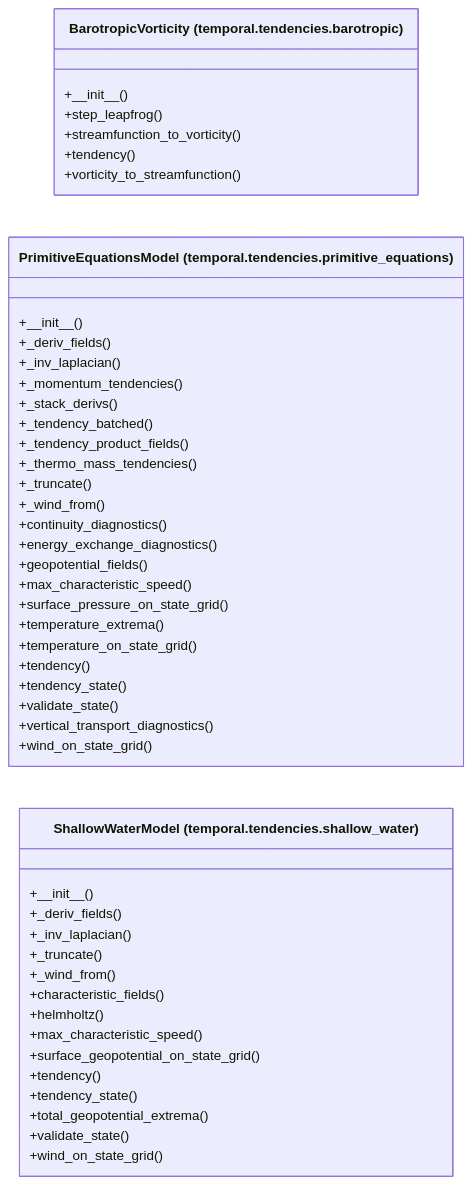
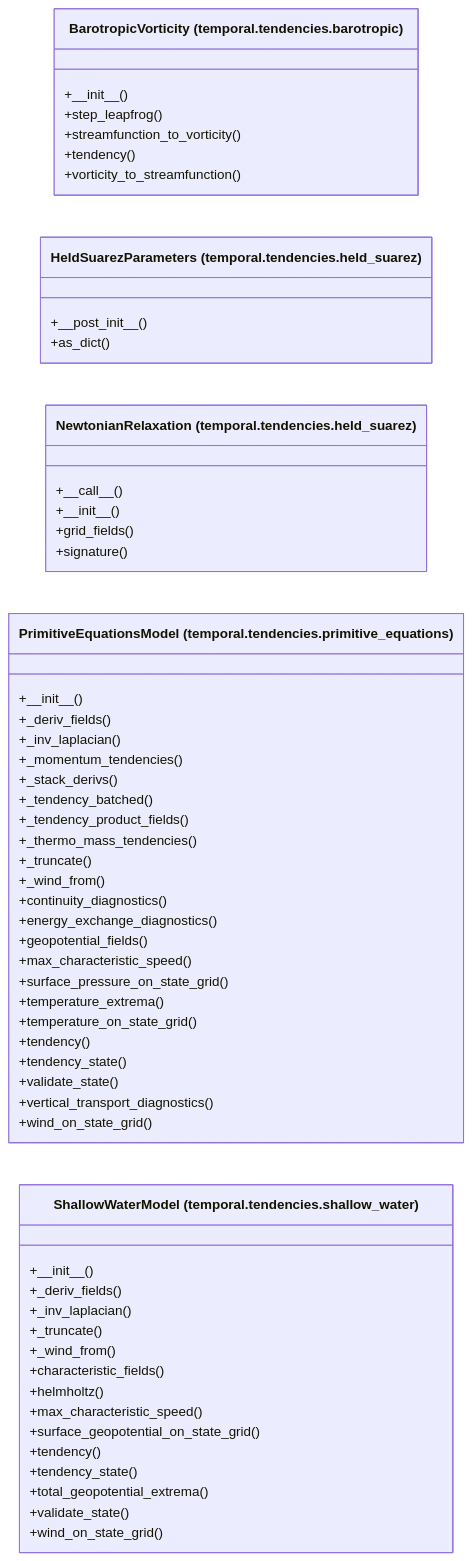
Before and after one commit to AlexandreEros/Palintropos: the diagram in docs/architecture/current/classes/tropoi.temporal.tendencies.mmd, drawn with Mermaid. The commit also changed 22 other files, not shown here.

```diff
--- a/docs/architecture/current/classes/tropoi.temporal.tendencies.mmd
+++ b/docs/architecture/current/classes/tropoi.temporal.tendencies.mmd
@@ -1,48 +1,56 @@
 %% Generated by tools.architecture 1.0.0. Do not edit by hand.
 %% All classes defined in package tropoi.temporal.tendencies.
 classDiagram
     direction LR
     class c_tropoi_otemporal_otendencies_obarotropic_oBarotropicVorticity["BarotropicVorticity (temporal.tendencies.barotropic)"]
     c_tropoi_otemporal_otendencies_obarotropic_oBarotropicVorticity : +#95;#95;init#95;#95;()
     c_tropoi_otemporal_otendencies_obarotropic_oBarotropicVorticity : +step#95;leapfrog()
     c_tropoi_otemporal_otendencies_obarotropic_oBarotropicVorticity : +streamfunction#95;to#95;vorticity()
     c_tropoi_otemporal_otendencies_obarotropic_oBarotropicVorticity : +tendency()
     c_tropoi_otemporal_otendencies_obarotropic_oBarotropicVorticity : +vorticity#95;to#95;streamfunction()
+    class c_tropoi_otemporal_otendencies_oheld__suarez_oHeldSuarezParameters["HeldSuarezParameters (temporal.tendencies.held_suarez)"]
+    c_tropoi_otemporal_otendencies_oheld__suarez_oHeldSuarezParameters : +#95;#95;post#95;init#95;#95;()
+    c_tropoi_otemporal_otendencies_oheld__suarez_oHeldSuarezParameters : +as#95;dict()
+    class c_tropoi_otemporal_otendencies_oheld__suarez_oNewtonianRelaxation["NewtonianRelaxation (temporal.tendencies.held_suarez)"]
+    c_tropoi_otemporal_otendencies_oheld__suarez_oNewtonianRelaxation : +#95;#95;call#95;#95;()
+    c_tropoi_otemporal_otendencies_oheld__suarez_oNewtonianRelaxation : +#95;#95;init#95;#95;()
+    c_tropoi_otemporal_otendencies_oheld__suarez_oNewtonianRelaxation : +grid#95;fields()
+    c_tropoi_otemporal_otendencies_oheld__suarez_oNewtonianRelaxation : +signature()
     class c_tropoi_otemporal_otendencies_oprimitive__equations_oPrimitiveEquationsModel["PrimitiveEquationsModel (temporal.tendencies.primitive_equations)"]
     c_tropoi_otemporal_otendencies_oprimitive__equations_oPrimitiveEquationsModel : +#95;#95;init#95;#95;()
     c_tropoi_otemporal_otendencies_oprimitive__equations_oPrimitiveEquationsModel : +#95;deriv#95;fields()
     c_tropoi_otemporal_otendencies_oprimitive__equations_oPrimitiveEquationsModel : +#95;inv#95;laplacian()
     c_tropoi_otemporal_otendencies_oprimitive__equations_oPrimitiveEquationsModel : +#95;momentum#95;tendencies()
     c_tropoi_otemporal_otendencies_oprimitive__equations_oPrimitiveEquationsModel : +#95;stack#95;derivs()
     c_tropoi_otemporal_otendencies_oprimitive__equations_oPrimitiveEquationsModel : +#95;tendency#95;batched()
     c_tropoi_otemporal_otendencies_oprimitive__equations_oPrimitiveEquationsModel : +#95;tendency#95;product#95;fields()
     c_tropoi_otemporal_otendencies_oprimitive__equations_oPrimitiveEquationsModel : +#95;thermo#95;mass#95;tendencies()
     c_tropoi_otemporal_otendencies_oprimitive__equations_oPrimitiveEquationsModel : +#95;truncate()
     c_tropoi_otemporal_otendencies_oprimitive__equations_oPrimitiveEquationsModel : +#95;wind#95;from()
     c_tropoi_otemporal_otendencies_oprimitive__equations_oPrimitiveEquationsModel : +continuity#95;diagnostics()
     c_tropoi_otemporal_otendencies_oprimitive__equations_oPrimitiveEquationsModel : +energy#95;exchange#95;diagnostics()
     c_tropoi_otemporal_otendencies_oprimitive__equations_oPrimitiveEquationsModel : +geopotential#95;fields()
     c_tropoi_otemporal_otendencies_oprimitive__equations_oPrimitiveEquationsModel : +max#95;characteristic#95;speed()
     c_tropoi_otemporal_otendencies_oprimitive__equations_oPrimitiveEquationsModel : +surface#95;pressure#95;on#95;state#95;grid()
     c_tropoi_otemporal_otendencies_oprimitive__equations_oPrimitiveEquationsModel : +temperature#95;extrema()
     c_tropoi_otemporal_otendencies_oprimitive__equations_oPrimitiveEquationsModel : +temperature#95;on#95;state#95;grid()
     c_tropoi_otemporal_otendencies_oprimitive__equations_oPrimitiveEquationsModel : +tendency()
     c_tropoi_otemporal_otendencies_oprimitive__equations_oPrimitiveEquationsModel : +tendency#95;state()
     c_tropoi_otemporal_otendencies_oprimitive__equations_oPrimitiveEquationsModel : +validate#95;state()
     c_tropoi_otemporal_otendencies_oprimitive__equations_oPrimitiveEquationsModel : +vertical#95;transport#95;diagnostics()
     c_tropoi_otemporal_otendencies_oprimitive__equations_oPrimitiveEquationsModel : +wind#95;on#95;state#95;grid()
     class c_tropoi_otemporal_otendencies_oshallow__water_oShallowWaterModel["ShallowWaterModel (temporal.tendencies.shallow_water)"]
     c_tropoi_otemporal_otendencies_oshallow__water_oShallowWaterModel : +#95;#95;init#95;#95;()
     c_tropoi_otemporal_otendencies_oshallow__water_oShallowWaterModel : +#95;deriv#95;fields()
     c_tropoi_otemporal_otendencies_oshallow__water_oShallowWaterModel : +#95;inv#95;laplacian()
     c_tropoi_otemporal_otendencies_oshallow__water_oShallowWaterModel : +#95;truncate()
     c_tropoi_otemporal_otendencies_oshallow__water_oShallowWaterModel : +#95;wind#95;from()
     c_tropoi_otemporal_otendencies_oshallow__water_oShallowWaterModel : +characteristic#95;fields()
     c_tropoi_otemporal_otendencies_oshallow__water_oShallowWaterModel : +helmholtz()
     c_tropoi_otemporal_otendencies_oshallow__water_oShallowWaterModel : +max#95;characteristic#95;speed()
     c_tropoi_otemporal_otendencies_oshallow__water_oShallowWaterModel : +surface#95;geopotential#95;on#95;state#95;grid()
     c_tropoi_otemporal_otendencies_oshallow__water_oShallowWaterModel : +tendency()
     c_tropoi_otemporal_otendencies_oshallow__water_oShallowWaterModel : +tendency#95;state()
     c_tropoi_otemporal_otendencies_oshallow__water_oShallowWaterModel : +total#95;geopotential#95;extrema()
     c_tropoi_otemporal_otendencies_oshallow__water_oShallowWaterModel : +validate#95;state()
     c_tropoi_otemporal_otendencies_oshallow__water_oShallowWaterModel : +wind#95;on#95;state#95;grid()
```
